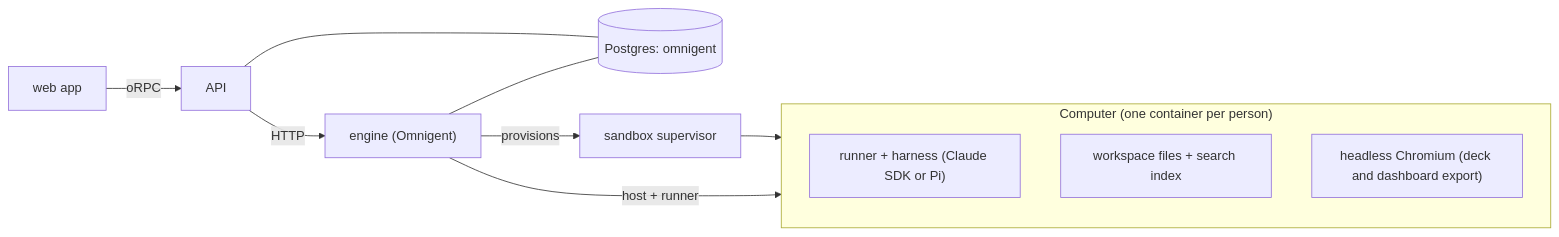
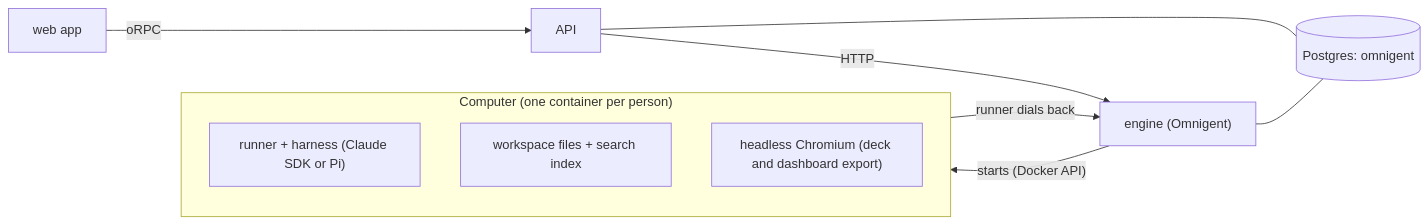
The diagram in README.md (routifai/bot-grok), drawn with Mermaid before and after one commit. The commit also changed other lines of this file and 5 other files, not shown here.

First line of the commit message:
Compose: the engine starts the Computers; no supervisor service

````diff
--- a/README.md
+++ b/README.md
@@ -5,15 +5,14 @@
 ```mermaid
 flowchart LR
   web["web app"] -- oRPC --> api["API"]
   api -- HTTP --> engine["engine (Omnigent)"]
   api --- db[("Postgres: omnigent")]
   engine --- db
-  engine -- provisions --> sup["sandbox supervisor"]
-  sup --> box
-  engine -- "host + runner" --> box
+  engine -- "starts (Docker API)" --> box
+  box -- "runner dials back" --> engine
   subgraph box["Computer (one container per person)"]
     runner["runner + harness (Claude SDK or Pi)"]
     files["workspace files + search index"]
     chromium["headless Chromium (deck and dashboard export)"]
   end
 ```
````
